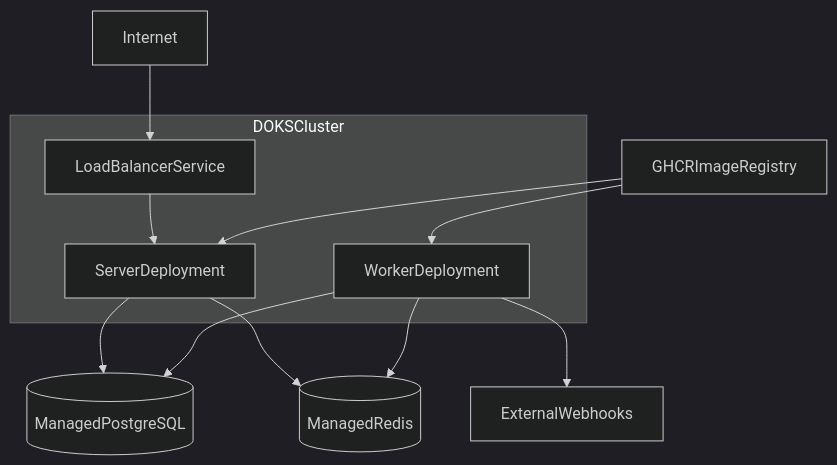
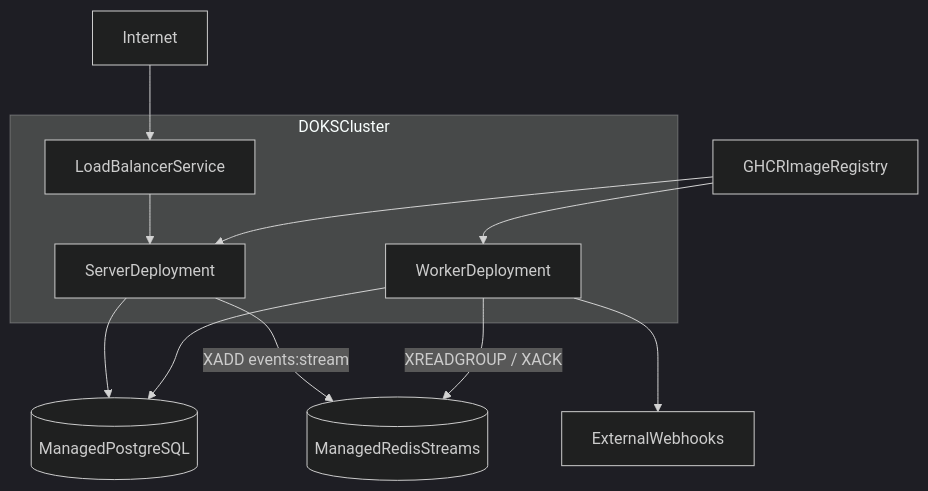
Before and after one commit to shwetaudacious/event-fanout: the diagram in docs/doks-deployment.md, drawn with Mermaid (dark theme). The commit also changed other lines of this file and 17 other files, not shown here.

First line of the commit message:
Migrate fanout queue to Redis Streams for DOKS production deploy.

````diff
--- a/docs/doks-deployment.md
+++ b/docs/doks-deployment.md
@@ -14,21 +14,21 @@
 ```mermaid
 flowchart TB
     subgraph doks [DOKSCluster]
         LB[LoadBalancerService]
         Server[ServerDeployment]
         Worker[WorkerDeployment]
     end
     PG[(ManagedPostgreSQL)]
-    Redis[(ManagedRedis)]
+    Redis[(ManagedRedisStreams)]
     GHCR[GHCRImageRegistry]
 
     Internet --> LB
     LB --> Server
     Server --> PG
-    Server --> Redis
+    Server -->|XADD events:stream| Redis
     Worker --> PG
-    Worker --> Redis
+    Worker -->|XREADGROUP / XACK| Redis
     Worker --> Webhooks[ExternalWebhooks]
     GHCR --> Server
     GHCR --> Worker
 ```
````
